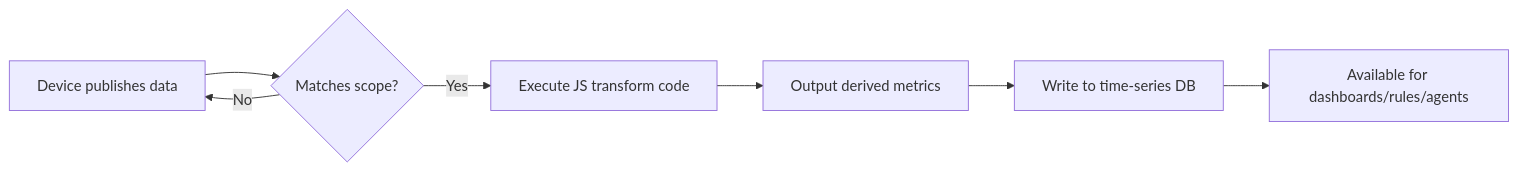
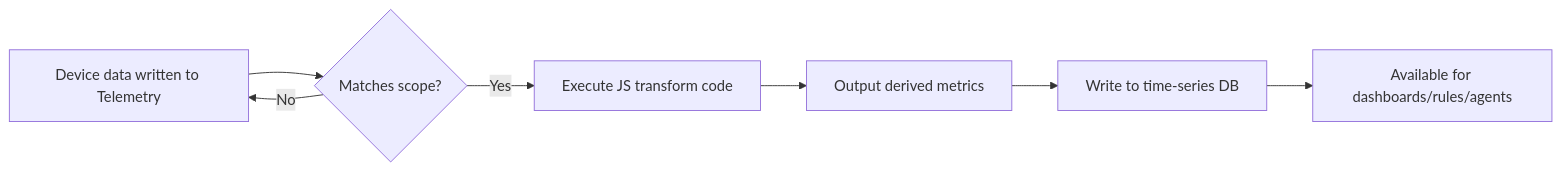
Before and after one commit to camthink-ai/wiki-documents: the diagram in i18n/en/docusaurus-plugin-content-docs/current/0-neomind/user-guide/7b-data-transforms.md, drawn with Mermaid. The commit also changed other lines of this file and 85 other files, not shown here.

````diff
--- a/i18n/en/docusaurus-plugin-content-docs/current/0-neomind/user-guide/7b-data-transforms.md
+++ b/i18n/en/docusaurus-plugin-content-docs/current/0-neomind/user-guide/7b-data-transforms.md
@@ -117,9 +117,9 @@
 ```mermaid
 flowchart LR
-    A[Device publishes data] --> B{Matches scope?}
+    A[Device data written to Telemetry] --> B{Matches scope?}
     B -- Yes --> C[Execute JS transform code]
     B -- No --> A
     C --> D[Output derived metrics]
     D --> E[Write to time-series DB]
     E --> F[Available for dashboards/rules/agents]
 ```
````
